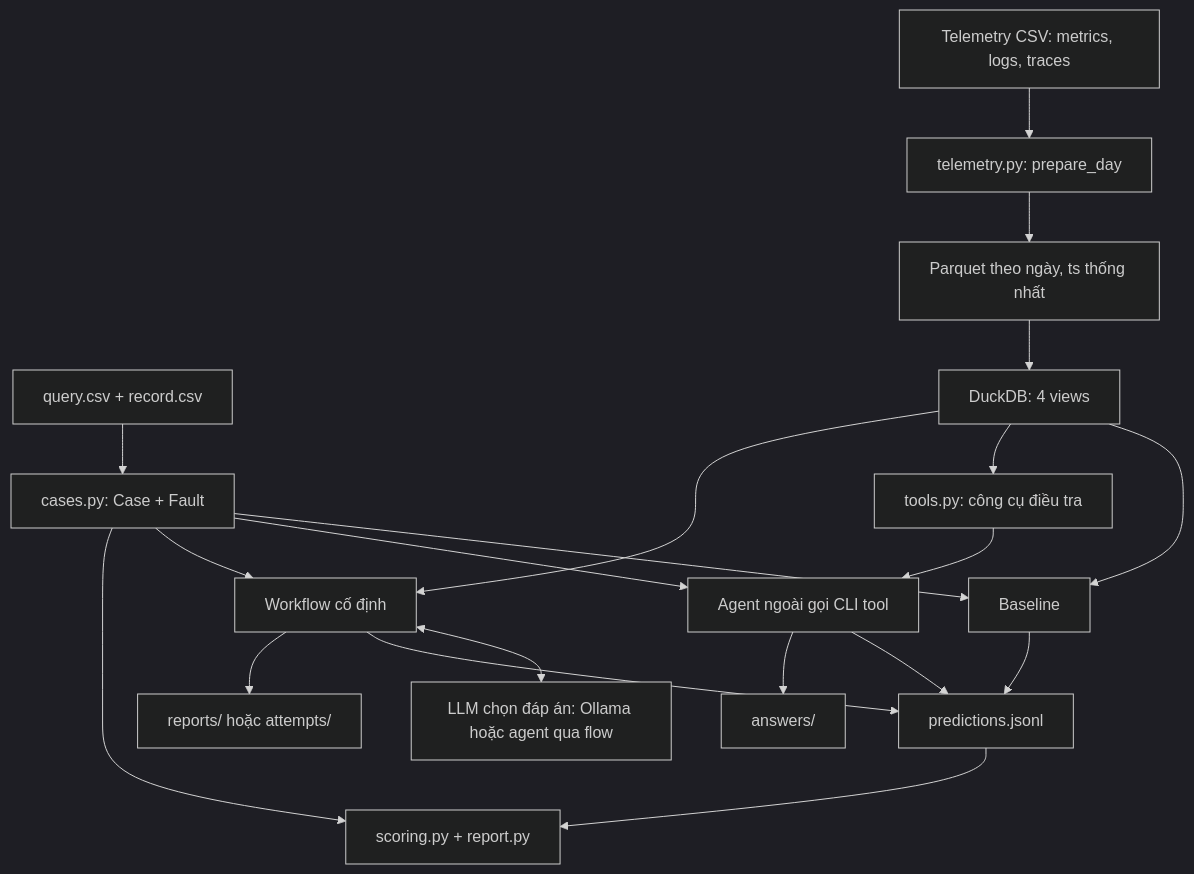
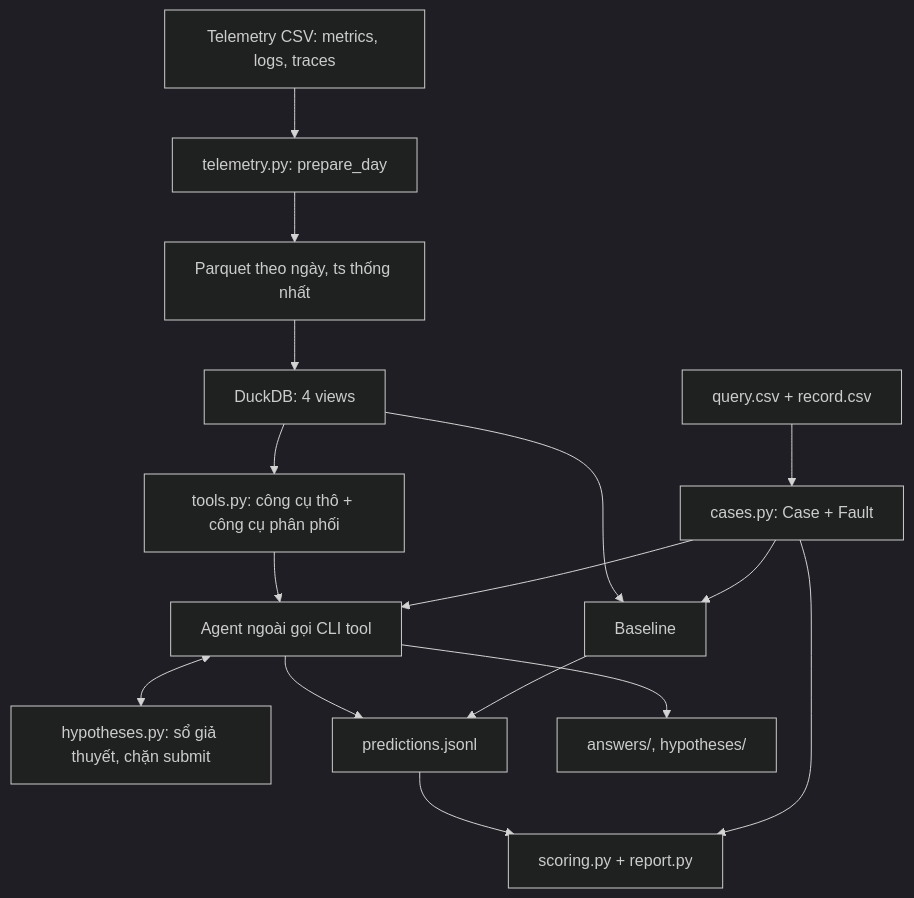
The diagram in README.md (d2mteam/rca-agent), drawn with Mermaid (dark theme) before and after one commit. The commit also changed other lines of this file and 5 other files, not shown here.

````diff
--- a/README.md
+++ b/README.md
@@ -29,22 +31,18 @@
 ```mermaid
 flowchart TD
     Q["query.csv + record.csv"] --> C["cases.py: Case + Fault"]
     T["Telemetry CSV: metrics, logs, traces"] --> P["telemetry.py: prepare_day"]
     P --> F["Parquet theo ngày, ts thống nhất"]
     F --> D["DuckDB: 4 views"]
     C --> B["Baseline"]
     C --> A["Agent ngoài gọi CLI tool"]
-    C --> W["Workflow cố định"]
     C --> S["scoring.py + report.py"]
     D --> B
-    D --> U["tools.py: công cụ điều tra"]
+    D --> U["tools.py: công cụ thô + công cụ phân phối"]
     U --> A
-    D --> W
-    W <--> O["LLM chọn đáp án: Ollama hoặc agent qua flow"]
+    A <--> H["hypotheses.py: sổ giả thuyết, chặn submit"]
     B --> J["predictions.jsonl"]
     A --> J
-    W --> J
     J --> S
-    A --> L["answers/"]
-    W --> R["reports/ hoặc attempts/"]
+    A --> L["answers/, hypotheses/"]
 ```
````
